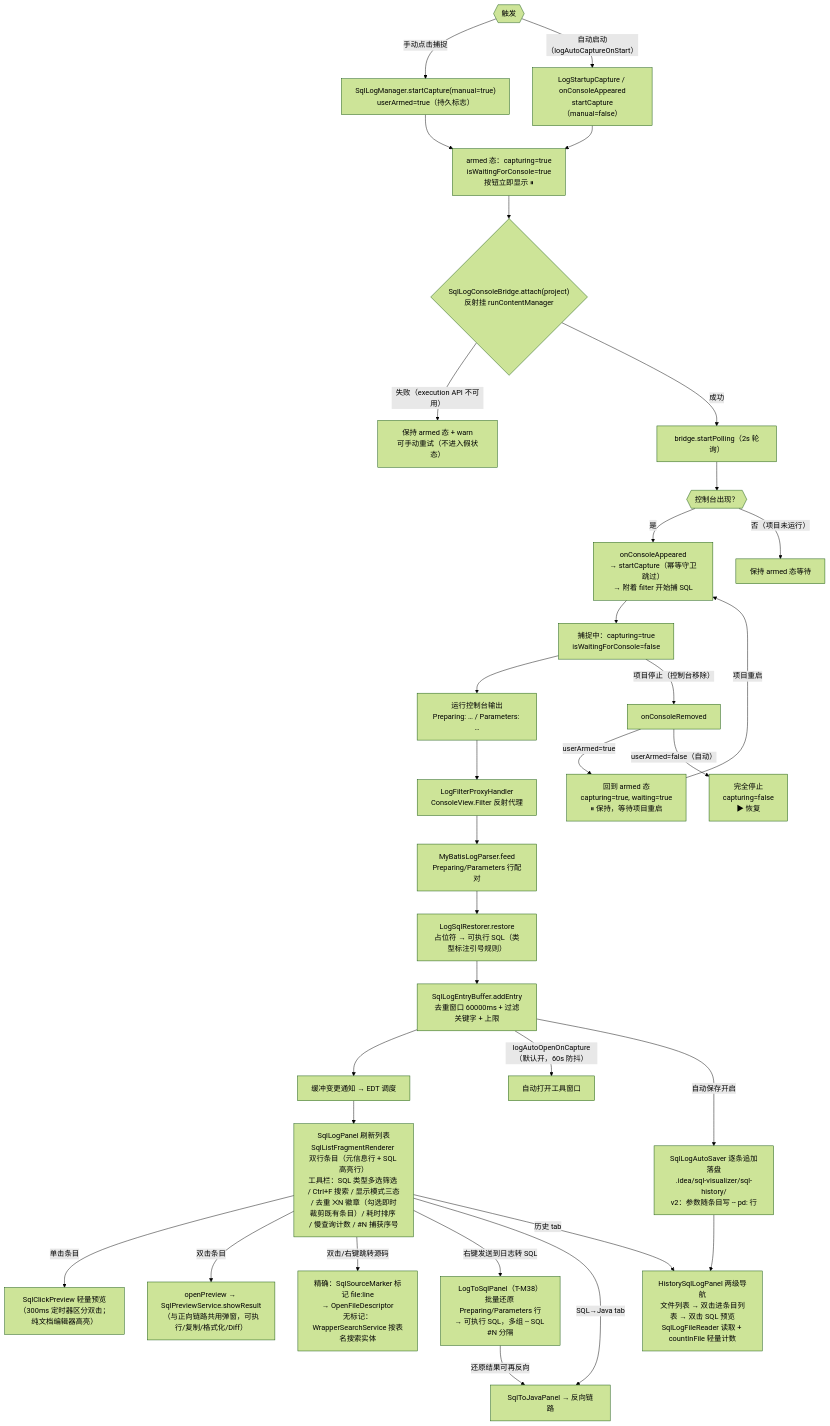
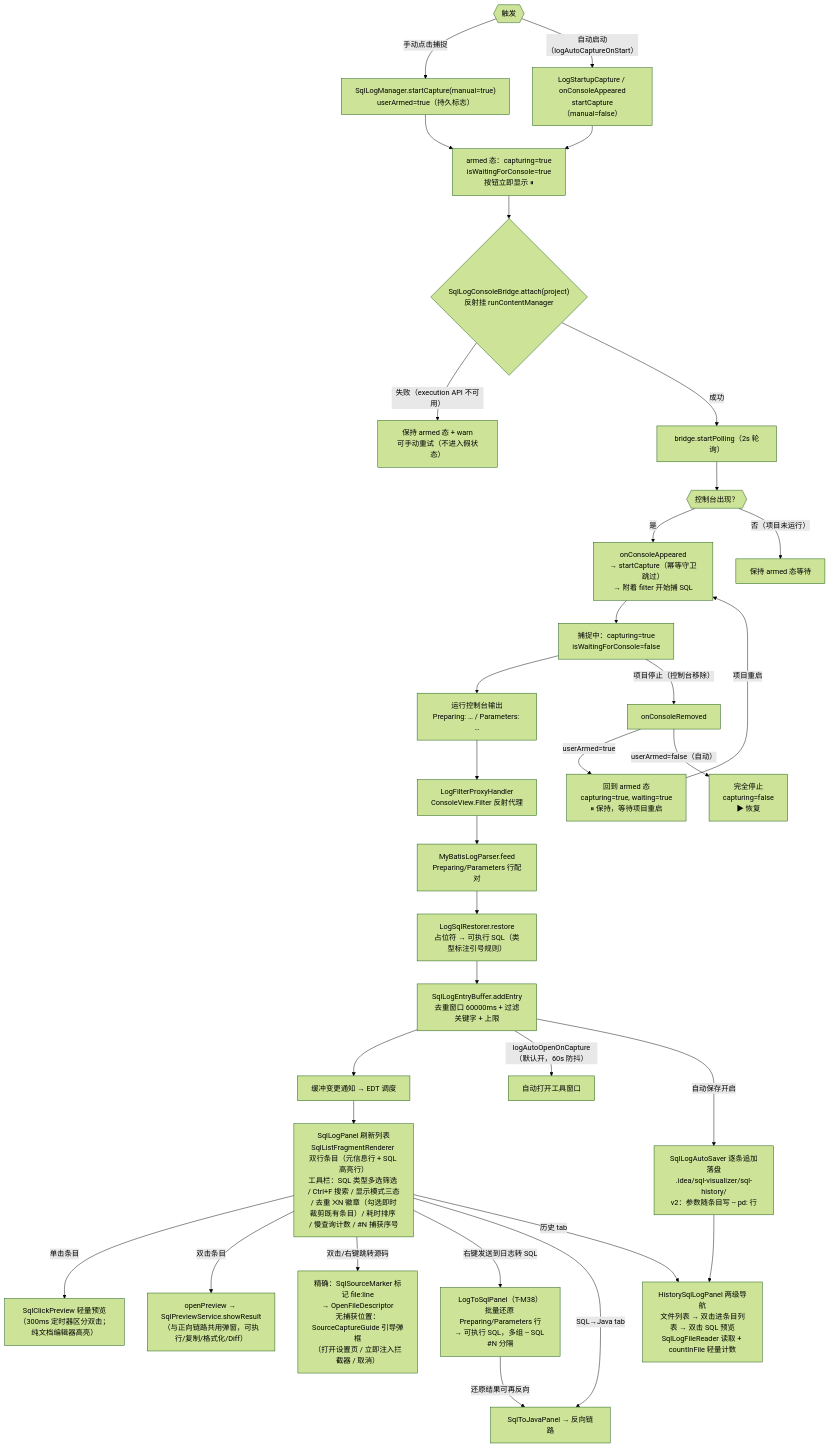
One commit to JayF211/mybatis-plus-sql-visualizer changed the tenth of 15 diagrams in docs/架构设计/02-核心流程详解.md. Above: the diagram before and after it, drawn with Mermaid (forest theme). The commit also changed other lines of this file and 2 other files, not shown here.

````diff
--- a/docs/架构设计/02-核心流程详解.md
+++ b/docs/架构设计/02-核心流程详解.md
@@ -299,35 +332,35 @@
 ```mermaid
 flowchart TD
     START{{"触发"}} -->|"手动点击捕捉"| MAN["SqlLogManager.startCapture(manual=true)<br/>userArmed=true（持久标志）"]
     START{{"触发"}} -->|"自动启动（logAutoCaptureOnStart）"| AUTO["LogStartupCapture / onConsoleAppeared<br/>startCapture（manual=false）"]
     MAN --> ARM["armed 态：capturing=true<br/>isWaitingForConsole=true<br/>按钮立即显示 ⏸"]
     AUTO --> ARM
     ARM --> ATT{"SqlLogConsoleBridge.attach(project)<br/>反射挂 runContentManager"}
     ATT -->|"失败（execution API 不可用）"| FAIL["保持 armed 态 + warn<br/>可手动重试（不进入假状态）"]
     ATT -->|"成功"| POLL["bridge.startPolling（2s 轮询）"]
     POLL --> CONSOLE{{"控制台出现？"}}
     CONSOLE -->|"是"| APPEAR["onConsoleAppeared<br/>→ startCapture（幂等守卫跳过）<br/>→ 附着 filter 开始捕 SQL"]
     CONSOLE -->|"否（项目未运行）"| WAIT["保持 armed 态等待"]
     APPEAR --> CAP["捕捉中：capturing=true<br/>isWaitingForConsole=false"]
     CAP --> CON["运行控制台输出<br/>Preparing: … / Parameters: …"]
     CON --> FILTER["LogFilterProxyHandler<br/>ConsoleView.Filter 反射代理"]
     FILTER --> PARSE["MyBatisLogParser.feed<br/>Preparing/Parameters 行配对"]
     PARSE --> RESTORE["LogSqlRestorer.restore<br/>占位符 → 可执行 SQL（类型标注引号规则）"]
     RESTORE --> BUF["SqlLogEntryBuffer.addEntry<br/>去重窗口 60000ms + 过滤关键字 + 上限"]
     BUF --> UI["缓冲变更通知 → EDT 调度"]
     UI --> PANEL["SqlLogPanel 刷新列表<br/>SqlListFragmentRenderer 双行条目（元信息行 + SQL 高亮行）<br/>工具栏：SQL 类型多选筛选 / Ctrl+F 搜索 / 显示模式三态<br/>/ 去重 ⨉N 徽章（勾选即时裁剪既有条目）/ 耗时排序 / 慢查询计数 / #N 捕获序号"]
     BUF -->|"logAutoOpenOnCapture（默认开，60s 防抖）"| OPEN["自动打开工具窗口"]
     BUF -->|"自动保存开启"| DISK["SqlLogAutoSaver 逐条追加落盘<br/>.idea/sql-visualizer/sql-history/<br/>v2：参数随条目写 -- pd: 行"]
     PANEL -->|"单击条目"| CLICK["SqlClickPreview 轻量预览<br/>（300ms 定时器区分双击；纯文档编辑器高亮）"]
     PANEL -->|"双击条目"| PREV["openPreview → SqlPreviewService.showResult<br/>（与正向链路共用弹窗，可执行/复制/格式化/Diff）"]
-    PANEL -->|"双击/右键跳转源码"| JUMP["精确：SqlSourceMarker 标记 file:line<br/>→ OpenFileDescriptor<br/>无标记：WrapperSearchService 按表名搜索实体"]
+    PANEL -->|"双击/右键跳转源码"| JUMP["精确：SqlSourceMarker 标记 file:line<br/>→ OpenFileDescriptor<br/>无捕获位置：SourceCaptureGuide 引导弹框<br/>（打开设置页 / 立即注入拦截器 / 取消）"]
     PANEL -->|"右键发送到日志转 SQL"| LTS["LogToSqlPanel（T-M38）<br/>批量还原 Preparing/Parameters 行<br/>→ 可执行 SQL，多组 -- SQL #N 分隔"]
     PANEL -->|"SQL→Java tab"| REV["SqlToJavaPanel → 反向链路"]
     PANEL -->|"历史 tab"| HIST["HistorySqlLogPanel 两级导航<br/>文件列表 → 双击进条目列表 → 双击 SQL 预览<br/>SqlLogFileReader 读取 + countInFile 轻量计数"]
     DISK --> HIST
     LTS -->|"还原结果可再反向"| REV
     CAP -->|"项目停止（控制台移除）"| REMOVED["onConsoleRemoved"]
     REMOVED -->|"userArmed=true"| BACK_TO_ARMED["回到 armed 态<br/>capturing=true, waiting=true<br/>⏸ 保持，等待项目重启"]
     REMOVED -->|"userArmed=false（自动）"| STOP["完全停止<br/>capturing=false<br/>▶ 恢复"]
     BACK_TO_ARMED -->|"项目重启"| APPEAR
 ```
````
